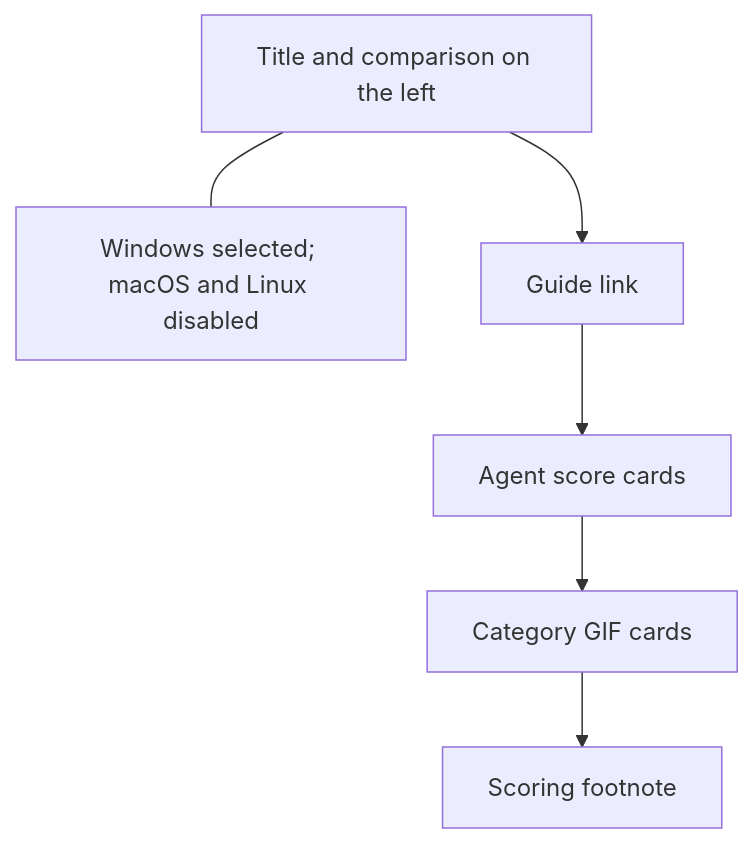
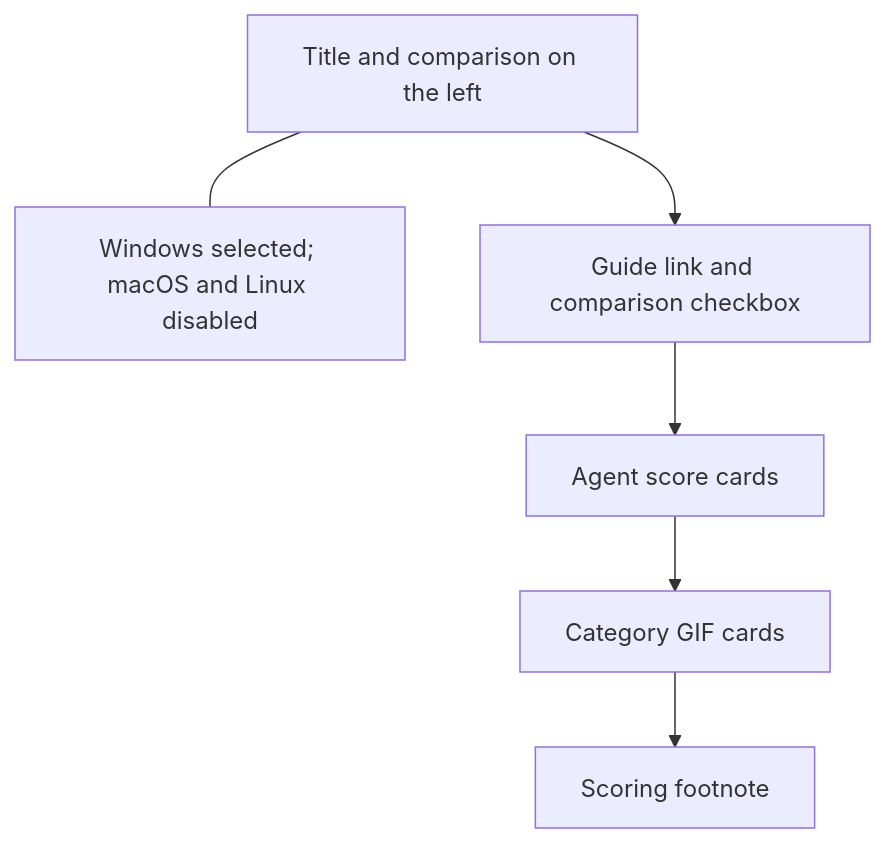
One commit to finogeeks/agent-safety-arena changed the second of 3 diagrams in docs/evaluation-overview.md. Above: the diagram before and after it, drawn with Mermaid. The commit also changed other lines of this file and 6 other files, not shown here.

````diff
--- a/docs/evaluation-overview.md
+++ b/docs/evaluation-overview.md
@@ -68,11 +71,11 @@
 ```mermaid
 flowchart TD
   T[Title and comparison on the left]
   O[Windows selected; macOS and Linux disabled]
-  G[Guide link]
+  G[Guide link and comparison checkbox]
   S[Agent score cards]
   M[Category GIF cards]
   F[Scoring footnote]
   T --- O
   T --> G --> S --> M --> F
 ```
````
